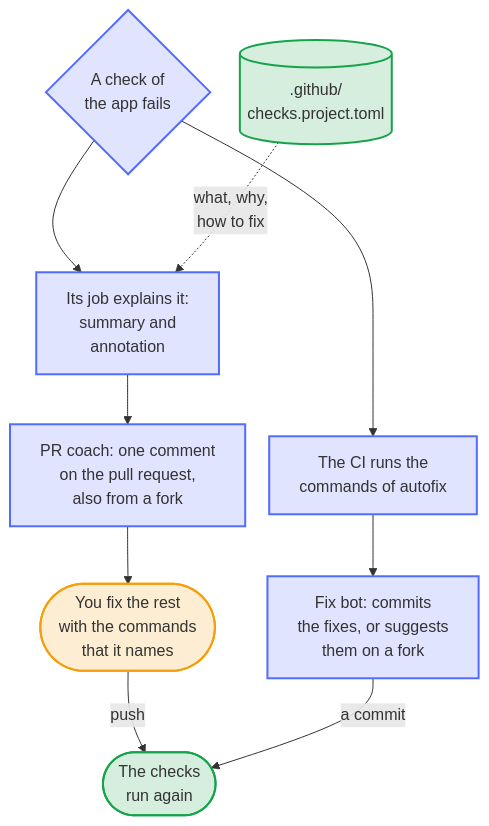
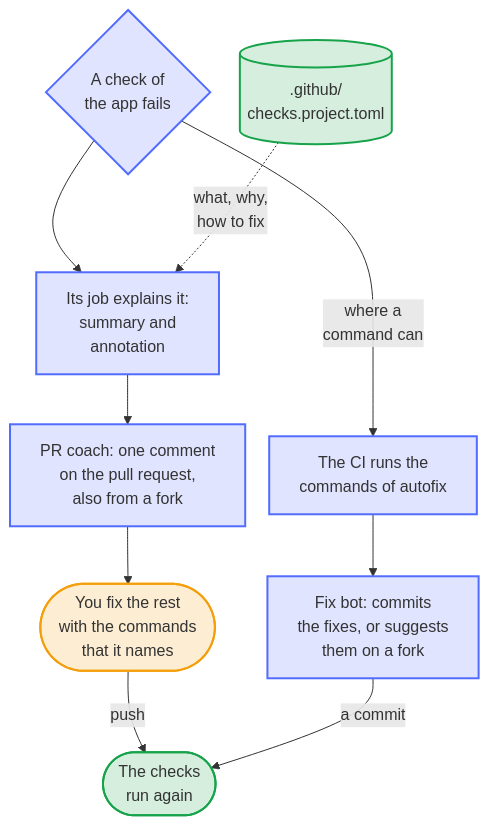
Before and after one commit to Dennis-Otto/paperless-sync: the diagram in docs/diagrams/how-a-check-of-the-app-that-fails-explains-itself.mmd, drawn with Mermaid. The commit also changed 4 other files, not shown here.

First line of the commit message:
ci: run the e2e variants on the newest Nextcloud in their commands

```diff
--- a/docs/diagrams/how-a-check-of-the-app-that-fails-explains-itself.mmd
+++ b/docs/diagrams/how-a-check-of-the-app-that-fails-explains-itself.mmd
@@ -1,32 +1,32 @@
 ---
 config:
   flowchart:
     nodeSpacing: 24
 ---
 flowchart TB
     accTitle: How a check of the app that fails explains itself
-    accDescr: A check of the app fails, such as the end-to-end tests, the contract tests against Paperless, the package or a check of scripts/check-project.sh. Its job explains the failure from .github/checks.project.toml, in its summary and as its annotation, and the CI runs the commands that fix what a command can. After the checks, the PR coach keeps one comment on the pull request with the explanation of each check that failed, also on a pull request from a fork, and the fix bot commits the fixes onto a branch of this repository or suggests them at their lines on a fork. You fix the rest with the commands that the explanation names and push, and the checks run again, as they do after a commit of the fix bot. You are orange, the checks and the bots blue, and the explanations and the new run green.
+    accDescr: A check of the app fails, such as the end-to-end tests, the contract tests against Paperless, the package or a check of scripts/check-project.sh. Its job explains the failure from .github/checks.project.toml, in its summary and as its annotation, and where a command can fix it, the CI runs that command; the end-to-end tests, the contract tests and the package need a person, and the commands of the checks of scripts/check-project.sh join the fix bot once repo-blueprint#351 ships. After the checks, the PR coach keeps one comment on the pull request with the explanation of each check that failed, also on a pull request from a fork, and the fix bot commits the fixes onto a branch of this repository or suggests them at their lines on a fork. You fix the rest with the commands that the explanation names and push, and the checks run again, as they do after a commit of the fix bot. You are orange, the checks and the bots blue, and the explanations and the new run green.
 
     fails{"A check of<br>the app fails"}
     explain["Its job explains it:<br>summary and<br>annotation"]
     catalog[(".github/<br>checks.project.toml")]
     autofix["The CI runs the<br>commands of autofix"]
     coach["PR coach: one comment<br>on the pull request,<br>also from a fork"]
     bot["Fix bot: commits<br>the fixes, or suggests<br>them on a fork"]
     you(["You fix the rest<br>with the commands<br>that it names"])
     again(["The checks<br>run again"])
 
     fails --> explain
     catalog -. "what, why,<br>how to fix" .-> explain
-    fails --> autofix
+    fails -- "where a<br>command can" --> autofix
     explain --> coach --> you
     autofix --> bot
     you -- "push" --> again
     bot -- "a commit" --> again
 
     classDef yours fill:#f59e0b2e,stroke:#f59e0b,stroke-width:2px
     classDef bots fill:#526cfe2e,stroke:#526cfe,stroke-width:2px
     classDef result fill:#16a34a2e,stroke:#16a34a,stroke-width:2px
     class you yours
     class fails,explain,autofix,coach,bot bots
     class catalog,again result
```
